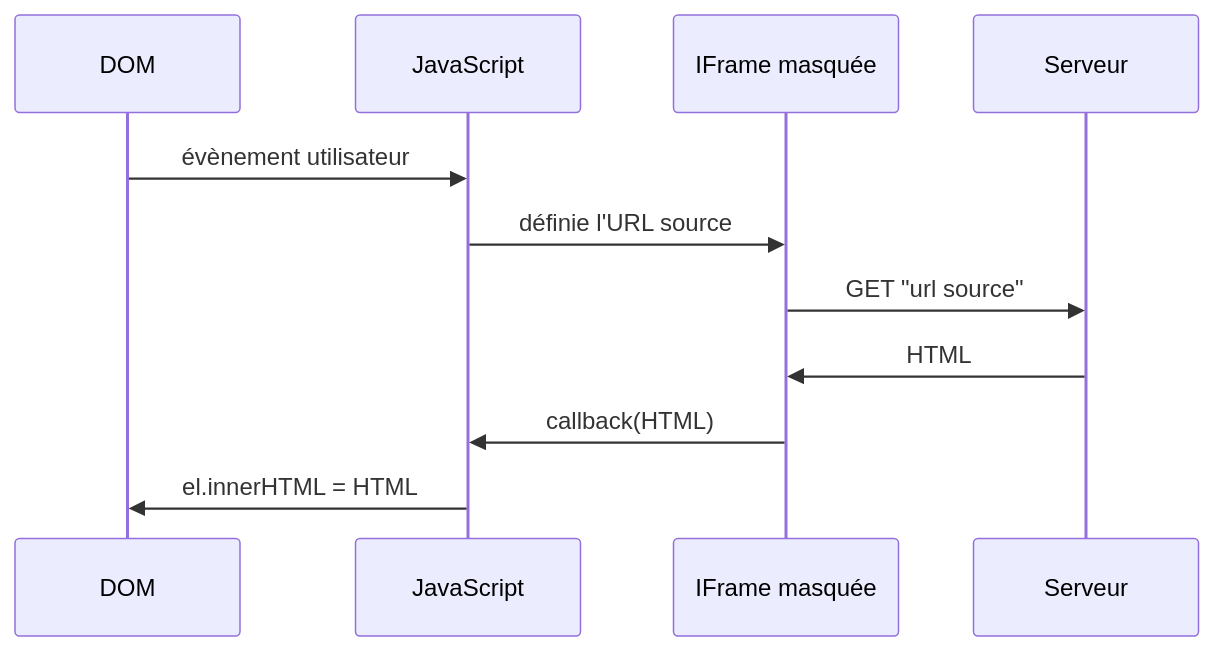
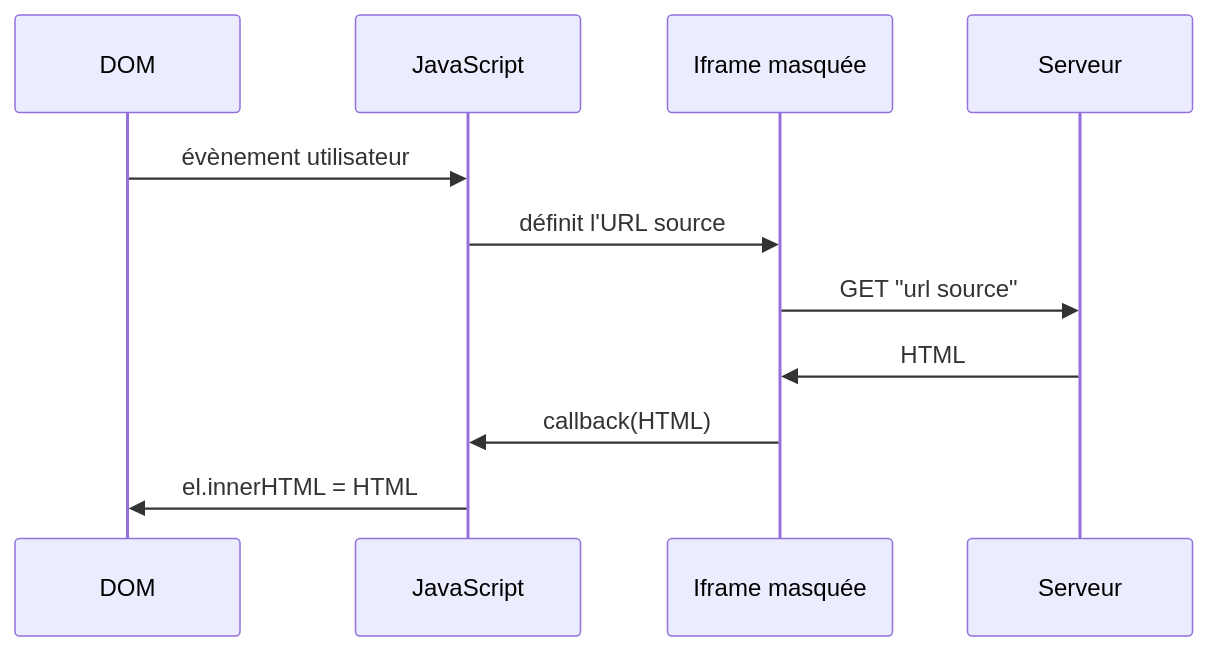
The diagram in materials/illustrations/graphs/spa-iframe.mmd (fullwebdev/fullwebdev), drawn with Mermaid before and after one commit. The commit also changed 28 other files, not shown here.

```diff
--- a/materials/illustrations/graphs/spa-iframe.mmd
+++ b/materials/illustrations/graphs/spa-iframe.mmd
@@ -1,12 +1,12 @@
 sequenceDiagram
   participant DOM
   participant JS as JavaScript
-  participant I as IFrame masquée
+  participant I as Iframe masquée
   participant S as Serveur
 
   DOM->>JS: évènement utilisateur
-  JS->>I: définie l'URL source
+  JS->>I: définit l'URL source
   I->>S: GET "url source"
   S->>I: HTML
   I->>JS: callback(HTML)
   JS->>DOM: el.innerHTML = HTML
```
